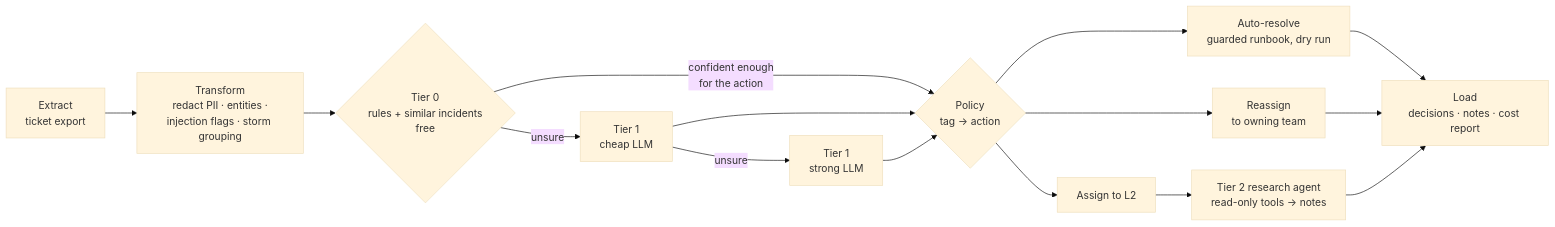
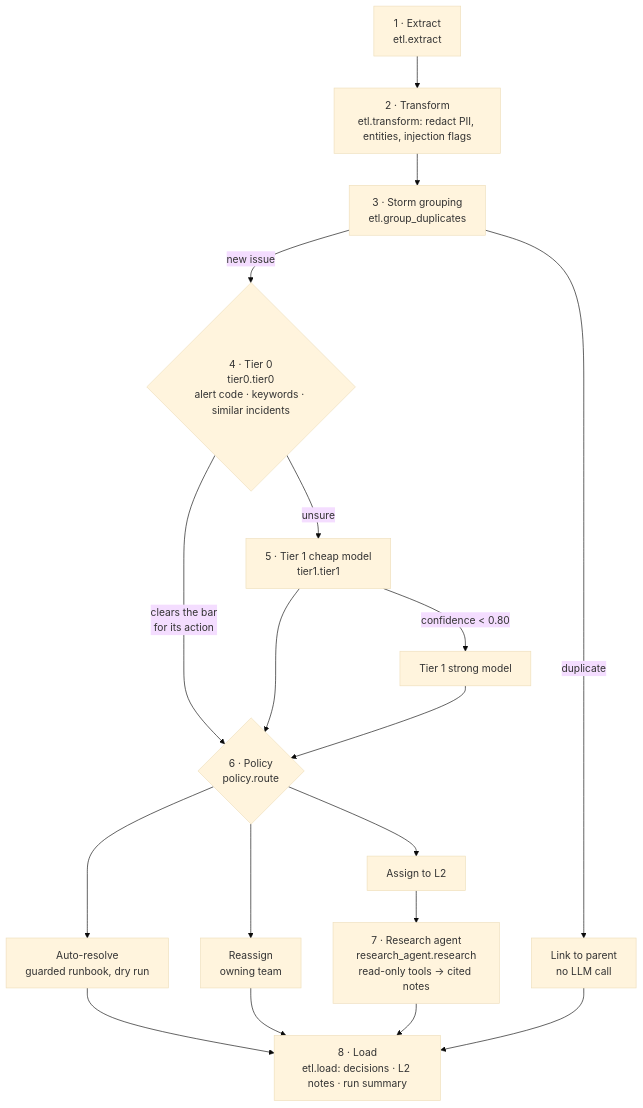
Before and after one commit to nikitha-thokala/agentic-incident-triage: the diagram in known_incidents/README.md, drawn with Mermaid (base theme). The commit also changed other lines of this file and 3 other files, not shown here.

````diff
--- a/known_incidents/README.md
+++ b/known_incidents/README.md
@@ -27,14 +49,17 @@
 ```mermaid
-flowchart LR
-    A[Extract<br/>ticket export] --> B[Transform<br/>redact PII · entities ·<br/>injection flags · storm grouping]
-    B --> C{Tier 0<br/>rules + similar incidents<br/>free}
-    C -- confident enough<br/>for the action --> P
-    C -- unsure --> D[Tier 1<br/>cheap LLM]
-    D -- unsure --> E[Tier 1<br/>strong LLM]
-    D --> P
-    E --> P{Policy<br/>tag → action}
-    P --> R[Auto-resolve<br/>guarded runbook, dry run]
-    P --> S[Reassign<br/>to owning team]
-    P --> L[Assign to L2] --> T[Tier 2 research agent<br/>read-only tools → notes]
-    R & S & T --> Z[Load<br/>decisions · notes · cost report]
+flowchart TB
+    A[1 · Extract<br/>etl.extract] --> B[2 · Transform<br/>etl.transform: redact PII, entities, injection flags]
+    B --> D[3 · Storm grouping<br/>etl.group_duplicates]
+    D -- duplicate --> DUP[Link to parent<br/>no LLM call]
+    D -- new issue --> T0{4 · Tier 0<br/>tier0.tier0<br/>alert code · keywords · similar incidents}
+    T0 -- clears the bar<br/>for its action --> P
+    T0 -- unsure --> T1a[5 · Tier 1 cheap model<br/>tier1.tier1]
+    T1a -- confidence < 0.80 --> T1b[Tier 1 strong model]
+    T1a --> P
+    T1b --> P{6 · Policy<br/>policy.route}
+    P --> AR[Auto-resolve<br/>guarded runbook, dry run]
+    P --> RA[Reassign<br/>owning team]
+    P --> L2[Assign to L2]
+    L2 --> RS[7 · Research agent<br/>research_agent.research<br/>read-only tools → cited notes]
+    AR & RA & RS & DUP --> O[8 · Load<br/>etl.load: decisions · L2 notes · run summary]
 ```
````
